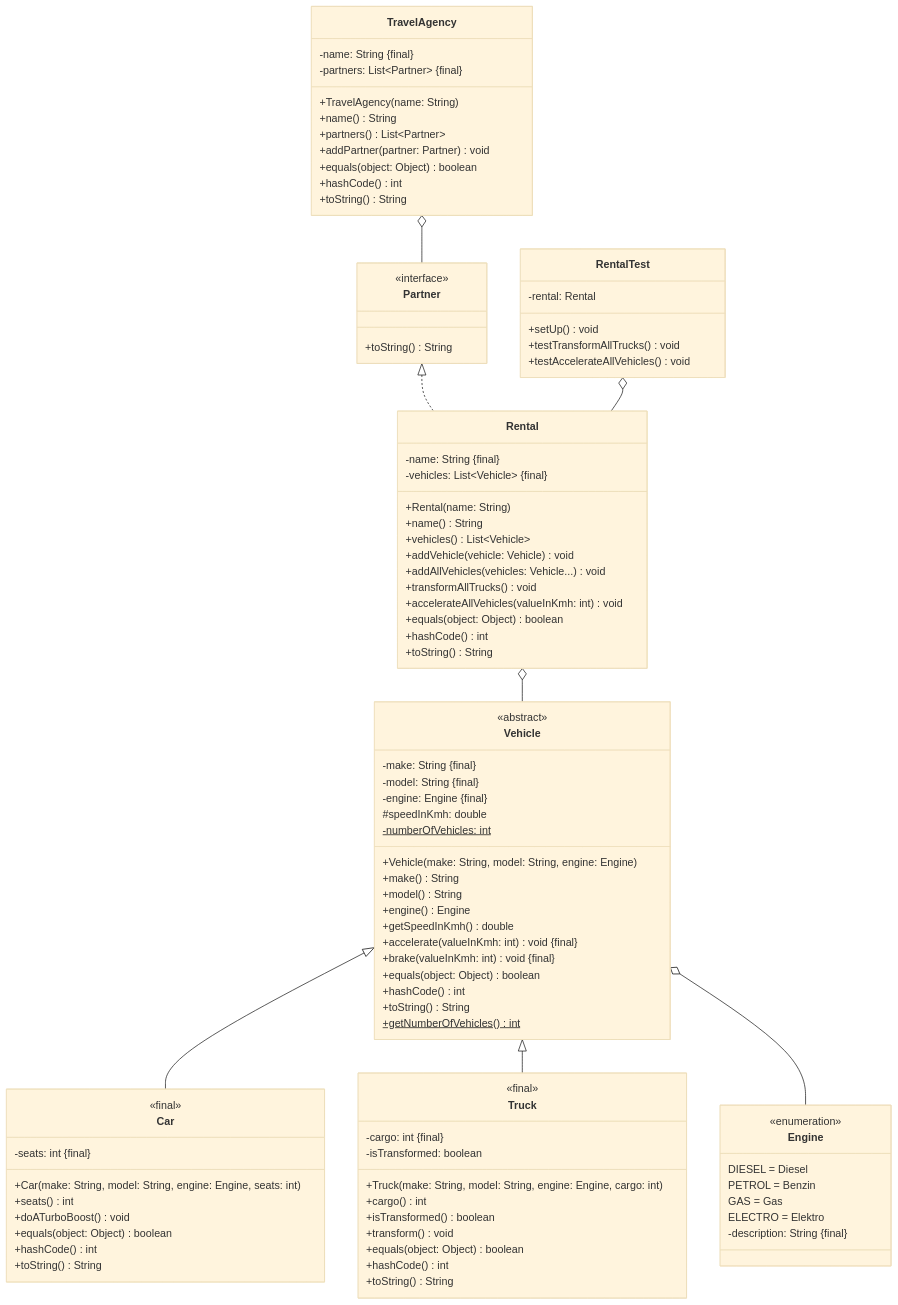
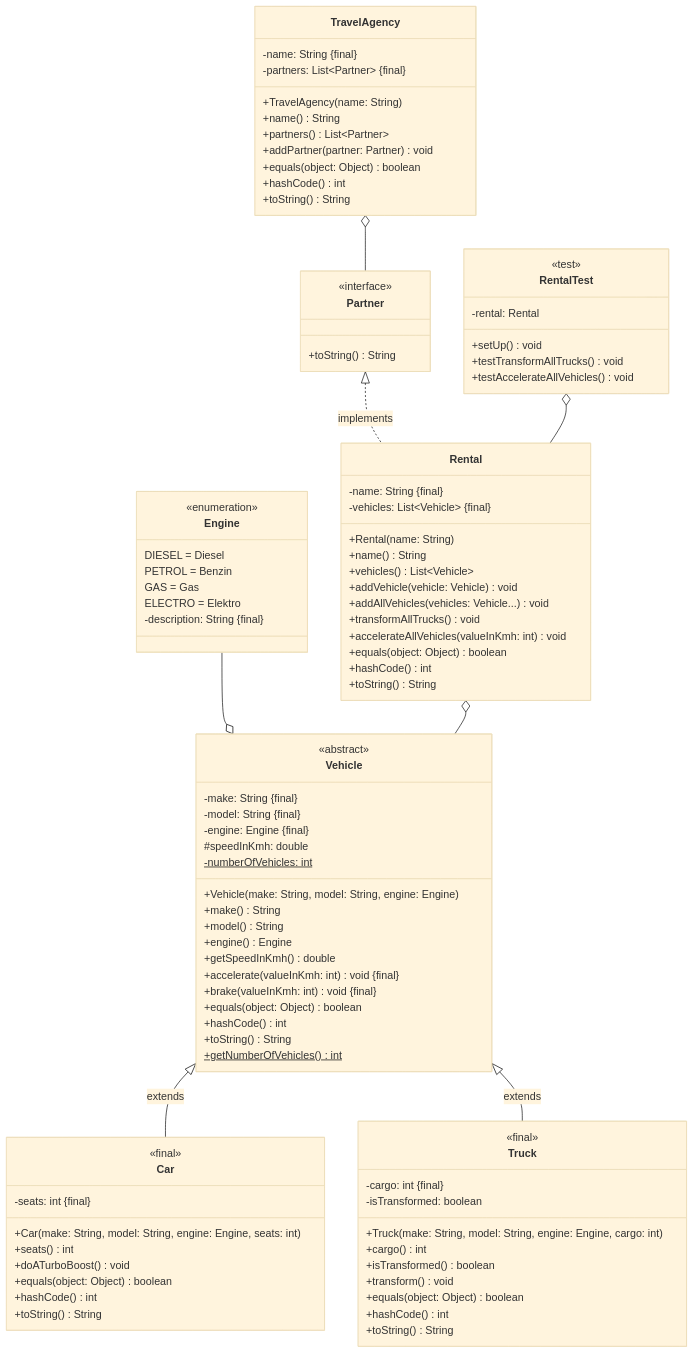
The diagram in docs/exercises/unit-tests/unit-tests02.md (jappuccini/java-docs), drawn with Mermaid (base theme) before and after one commit. The commit also changed 36 other files, not shown here.

````diff
--- a/docs/exercises/unit-tests/unit-tests02.md
+++ b/docs/exercises/unit-tests/unit-tests02.md
@@ -12,10 +12,10 @@
 ```mermaid
 classDiagram
-    Vehicle <|-- Car
-    Vehicle <|-- Truck
-    Vehicle o-- Engine
+    Vehicle <|-- Car : extends
+    Vehicle <|-- Truck : extends
+    Engine --o Vehicle
     Rental o-- Vehicle
-    Partner <|.. Rental
+    Partner <|.. Rental : implements
     TravelAgency o-- Partner
     RentalTest o-- Rental
 
@@ -105,6 +105,7 @@
     }
 
     class RentalTest {
+        <<test>>
         -rental: Rental
         +setUp() void
         +testTransformAllTrucks() void
````
